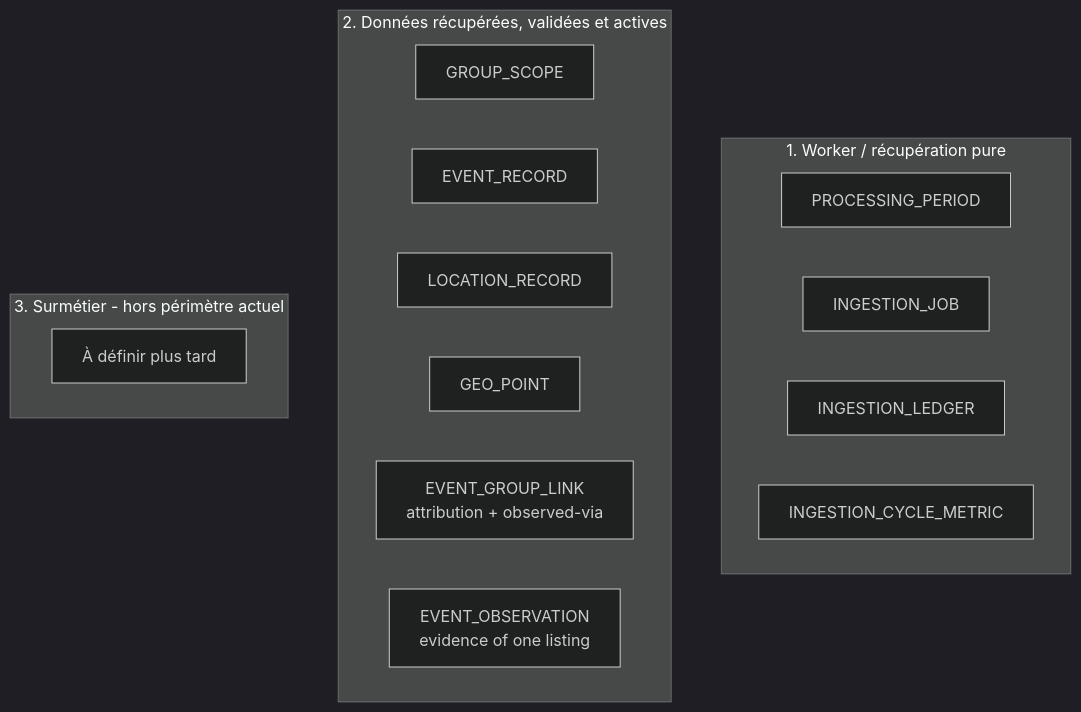
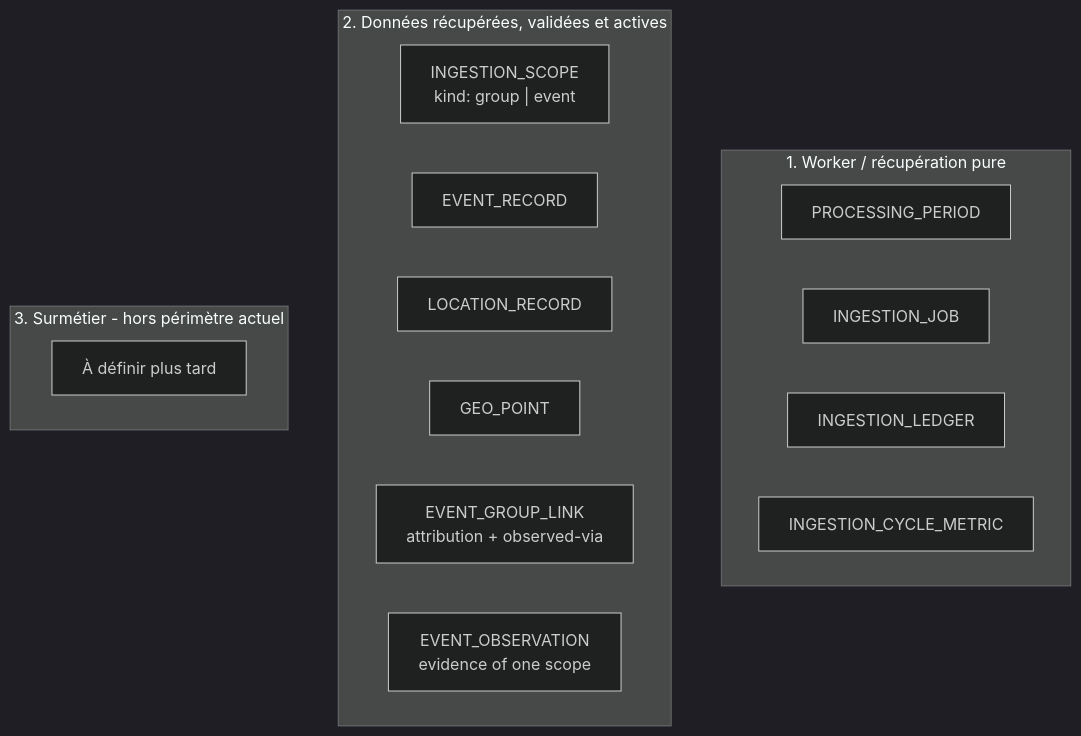
The diagram in docs/data-domains.mmd (Bigchef-dev/actionpop-calendar), drawn with Mermaid (dark theme) before and after one commit. The commit also changed 82 other files, not shown here.

Commit message:
scope in event ingester

```diff
--- a/docs/data-domains.mmd
+++ b/docs/data-domains.mmd
@@ -1,20 +1,20 @@
 flowchart TB
     subgraph Processing ["1. Worker / récupération pure"]
         PROCESSING_PERIOD["PROCESSING_PERIOD"]
         INGESTION_JOB["INGESTION_JOB"]
         INGESTION_LEDGER["INGESTION_LEDGER"]
         INGESTION_CYCLE_METRIC["INGESTION_CYCLE_METRIC"]
     end
 
     subgraph Validated ["2. Données récupérées, validées et actives"]
-        GROUP_SCOPE["GROUP_SCOPE"]
+        INGESTION_SCOPE["INGESTION_SCOPE<br/>kind: group | event"]
         EVENT_RECORD["EVENT_RECORD"]
         LOCATION_RECORD["LOCATION_RECORD"]
         GEO_POINT["GEO_POINT"]
         EVENT_GROUP_LINK["EVENT_GROUP_LINK<br/>attribution + observed-via"]
-        EVENT_OBSERVATION["EVENT_OBSERVATION<br/>evidence of one listing"]
+        EVENT_OBSERVATION["EVENT_OBSERVATION<br/>evidence of one scope"]
     end
 
     subgraph Business ["3. Surmétier - hors périmètre actuel"]
         FUTURE["À définir plus tard"]
     end
```
